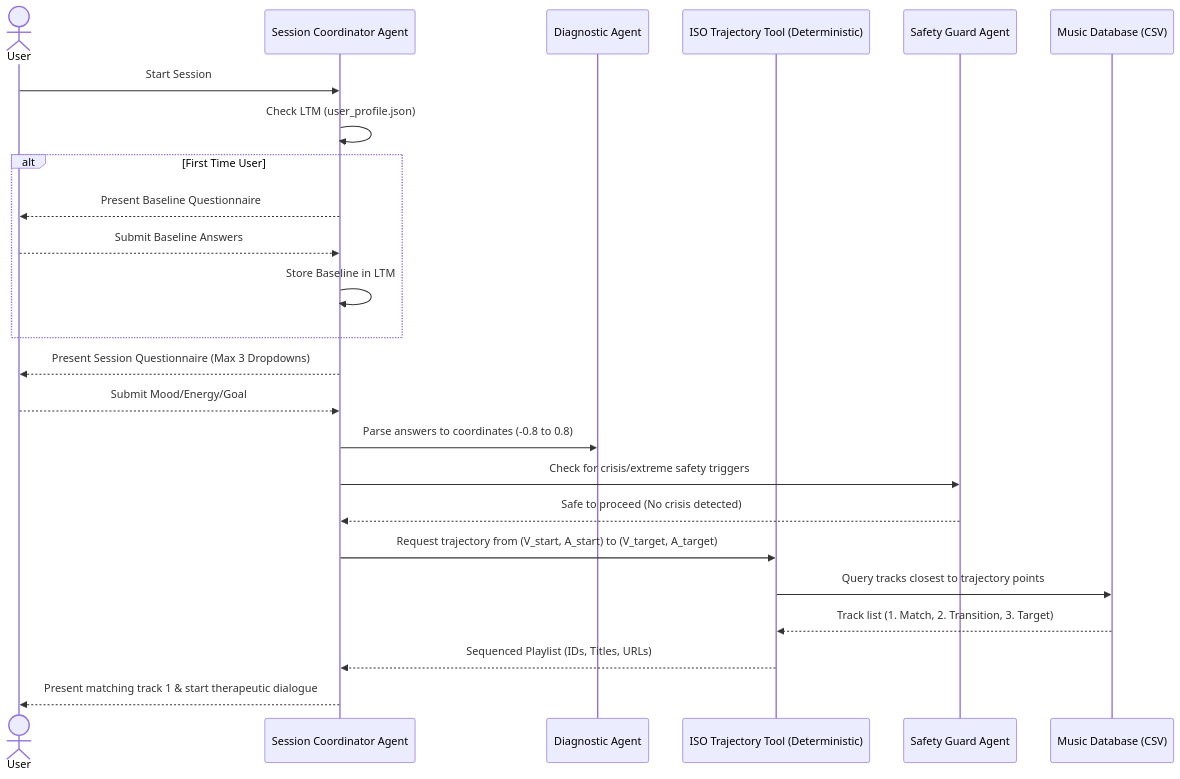
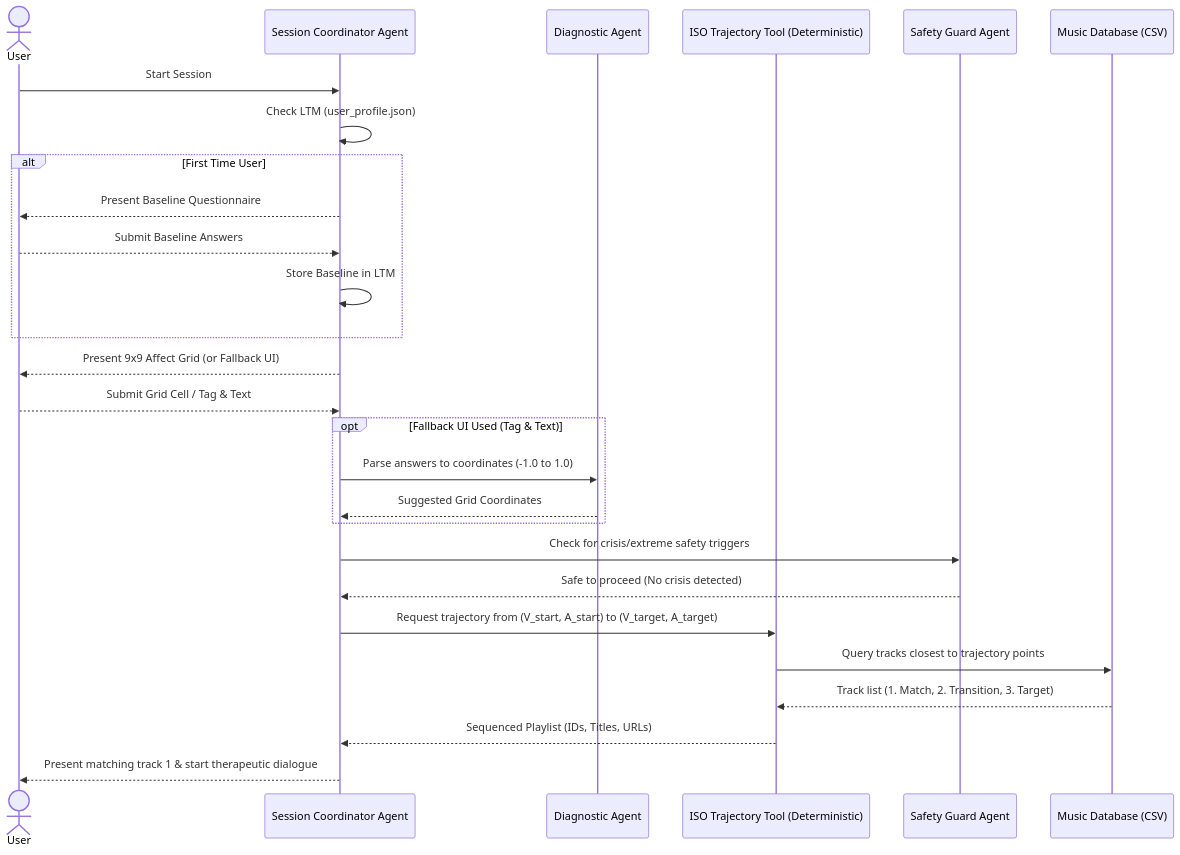
The diagram in Thoughts/implementation_plan.md (bisnu16cse039/AI_based_music_therapy), drawn with Mermaid before and after one commit. The commit also changed other lines of this file and 2 other files, not shown here.

Commit message:
docs: formalize psychological framework for Affect Grid mapping and define hybrid conversational fallback workflow for session inputs

````diff
--- a/Thoughts/implementation_plan.md
+++ b/Thoughts/implementation_plan.md
@@ -141,27 +130,30 @@
 ```mermaid
 sequenceDiagram
     actor User
     participant Coord as Session Coordinator Agent
     participant Diag as Diagnostic Agent
     participant Traj as ISO Trajectory Tool (Deterministic)
     participant Safety as Safety Guard Agent
     participant DB as Music Database (CSV)
 
     User->>Coord: Start Session
     Coord->>Coord: Check LTM (user_profile.json)
     alt First Time User
         Coord-->>User: Present Baseline Questionnaire
         User-->>Coord: Submit Baseline Answers
         Coord->>Coord: Store Baseline in LTM
     end
-    Coord-->>User: Present Session Questionnaire (Max 3 Dropdowns)
-    User-->>Coord: Submit Mood/Energy/Goal
-    Coord->>Diag: Parse answers to coordinates (-0.8 to 0.8)
+    Coord-->>User: Present 9x9 Affect Grid (or Fallback UI)
+    User-->>Coord: Submit Grid Cell / Tag & Text
+    opt Fallback UI Used (Tag & Text)
+        Coord->>Diag: Parse answers to coordinates (-1.0 to 1.0)
+        Diag-->>Coord: Suggested Grid Coordinates
+    end
     Coord->>Safety: Check for crisis/extreme safety triggers
     Safety-->>Coord: Safe to proceed (No crisis detected)
     Coord->>Traj: Request trajectory from (V_start, A_start) to (V_target, A_target)
     Traj->>DB: Query tracks closest to trajectory points
     DB-->>Traj: Track list (1. Match, 2. Transition, 3. Target)
     Traj-->>Coord: Sequenced Playlist (IDs, Titles, URLs)
     Coord-->>User: Present matching track 1 & start therapeutic dialogue
 ```
````
